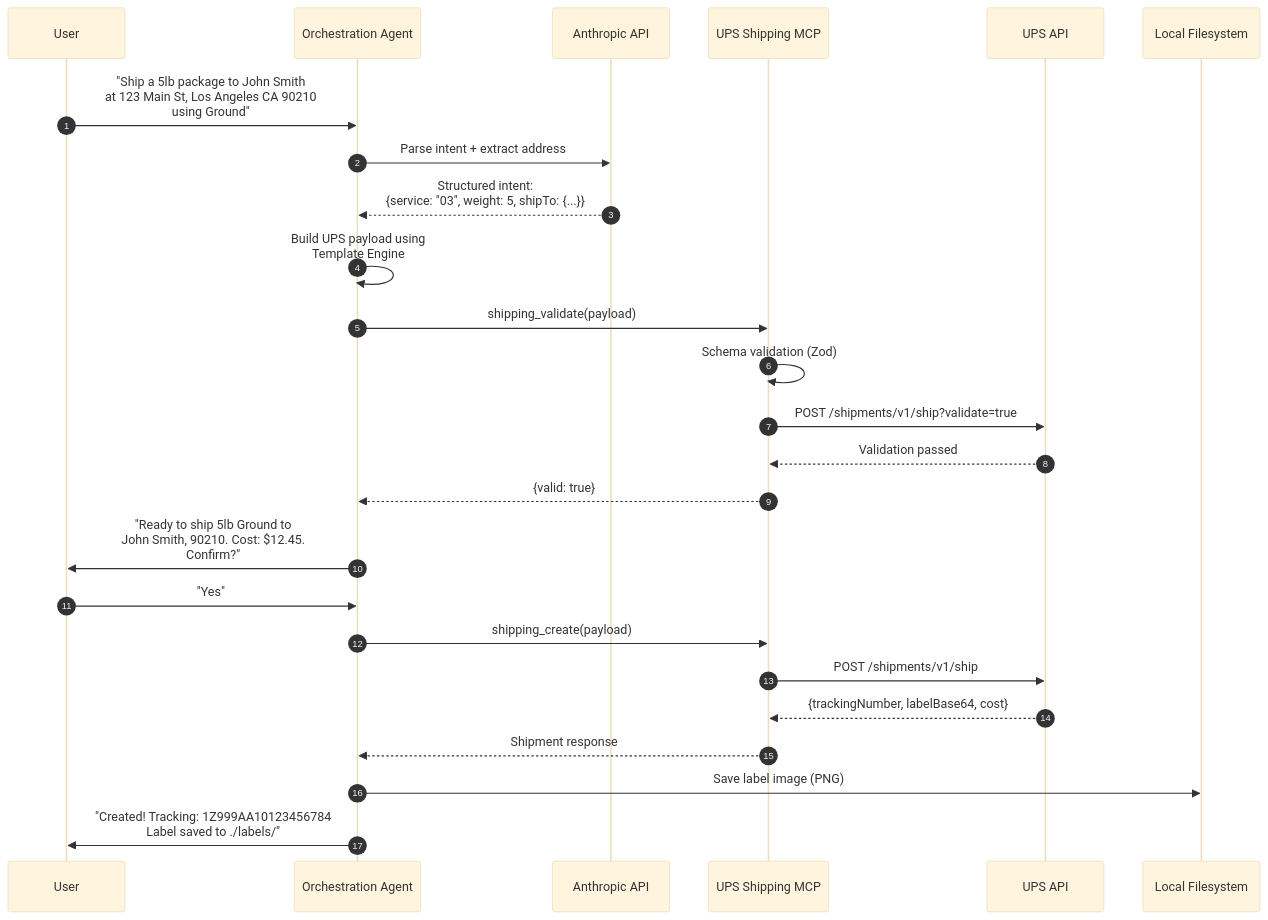
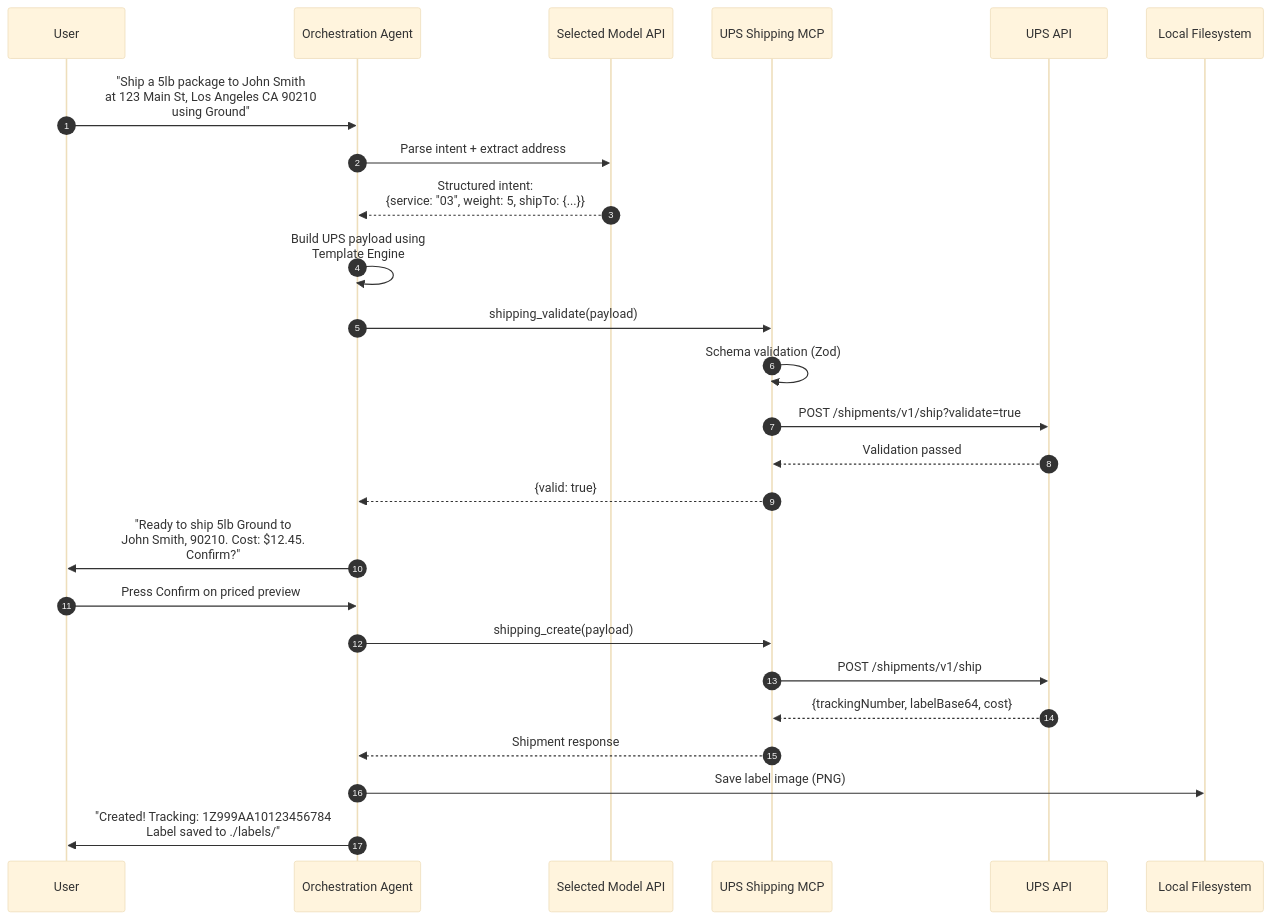
Before and after one commit to matt-hans/ShipAgent: the sixth of 7 diagrams in docs/architecture.md, drawn with Mermaid (base theme). The commit also changed other lines of this file and 4 other files, not shown here.

````diff
--- a/docs/architecture.md
+++ b/docs/architecture.md
@@ -387,34 +400,34 @@
 ```mermaid
 sequenceDiagram
     autonumber
     participant User
     participant Agent as Orchestration Agent
-    participant LLM as Anthropic API
+    participant LLM as Selected Model API
     participant UPS_MCP as UPS Shipping MCP
     participant UPS as UPS API
     participant FS as Local Filesystem
 
     User->>Agent: "Ship a 5lb package to John Smith<br/>at 123 Main St, Los Angeles CA 90210<br/>using Ground"
     
     Agent->>LLM: Parse intent + extract address
     LLM-->>Agent: Structured intent:<br/>{service: "03", weight: 5, shipTo: {...}}
     
     Agent->>Agent: Build UPS payload using<br/>Template Engine
     
     Agent->>UPS_MCP: shipping_validate(payload)
     UPS_MCP->>UPS_MCP: Schema validation (Zod)
     UPS_MCP->>UPS: POST /shipments/v1/ship?validate=true
     UPS-->>UPS_MCP: Validation passed
     UPS_MCP-->>Agent: {valid: true}
     
     Agent->>User: "Ready to ship 5lb Ground to<br/>John Smith, 90210. Cost: $12.45.<br/>Confirm?"
-    User->>Agent: "Yes"
+    User->>Agent: Press Confirm on priced preview
     
     Agent->>UPS_MCP: shipping_create(payload)
     UPS_MCP->>UPS: POST /shipments/v1/ship
     UPS-->>UPS_MCP: {trackingNumber, labelBase64, cost}
     UPS_MCP-->>Agent: Shipment response
     
     Agent->>FS: Save label image (PNG)
     Agent->>User: "Created! Tracking: 1Z999AA10123456784<br/>Label saved to ./labels/"
 ```
````
